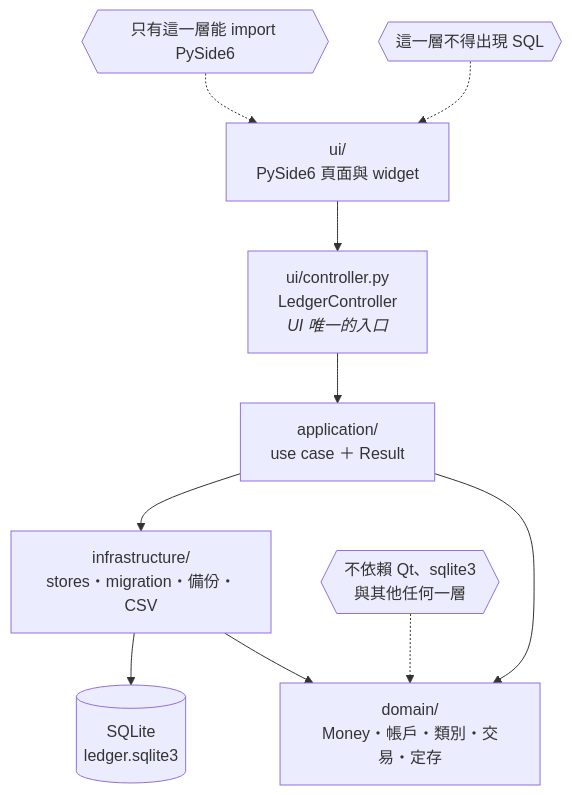
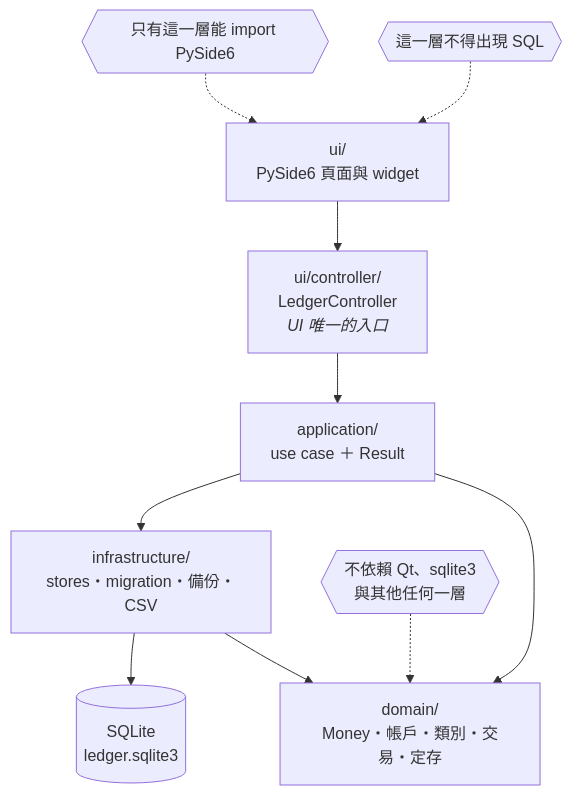
The first of 2 diagrams in docs/architecture/overview.md (SpringRain555/tagcor-ledger), drawn with Mermaid before and after one commit. The commit also changed other lines of this file and 37 other files, not shown here.

````diff
--- a/docs/architecture/overview.md
+++ b/docs/architecture/overview.md
@@ -10,17 +10,17 @@
 ```mermaid
 flowchart TD
     UI["ui/<br/>PySide6 頁面與 widget"]
-    CTRL["ui/controller.py<br/>LedgerController<br/><i>UI 唯一的入口</i>"]
+    CTRL["ui/controller/<br/>LedgerController<br/><i>UI 唯一的入口</i>"]
     APP["application/<br/>use case ＋ Result"]
     INFRA["infrastructure/<br/>stores・migration・備份・CSV"]
     DOM["domain/<br/>Money・帳戶・類別・交易・定存"]
     DB[("SQLite<br/>ledger.sqlite3")]
 
     UI --> CTRL --> APP --> INFRA --> DB
     APP --> DOM
     INFRA --> DOM
 
     QT{{"只有這一層能 import PySide6"}} -.-> UI
     NOSQL{{"這一層不得出現 SQL"}} -.-> UI
     PURE{{"不依賴 Qt、sqlite3<br/>與其他任何一層"}} -.-> DOM
 ```
````
